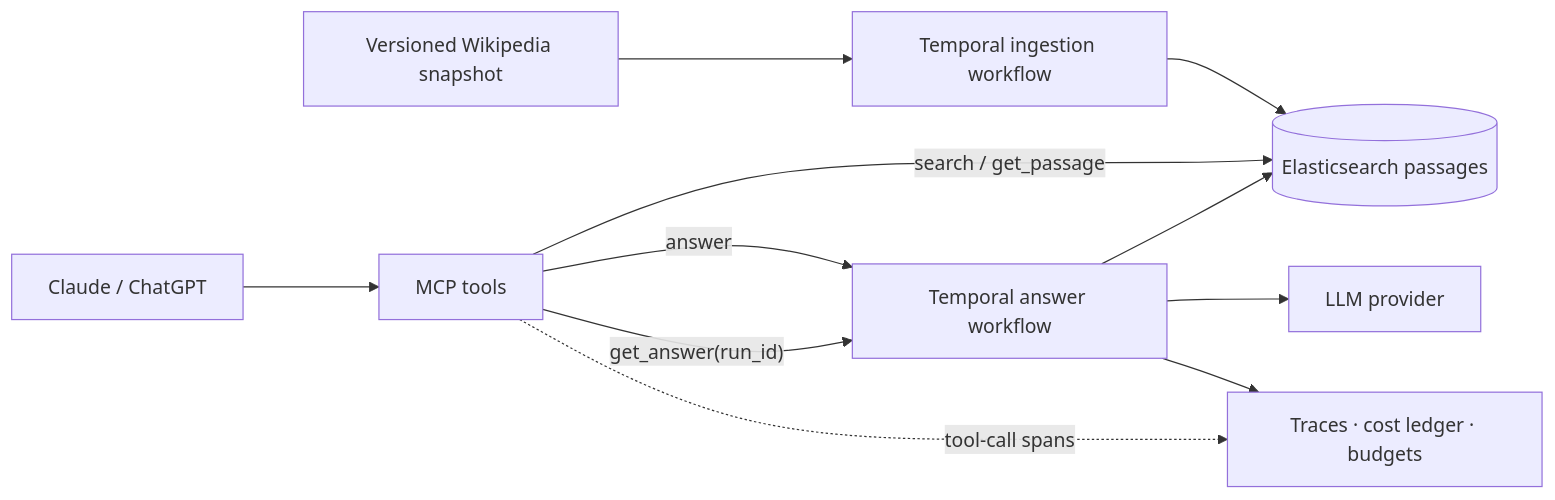
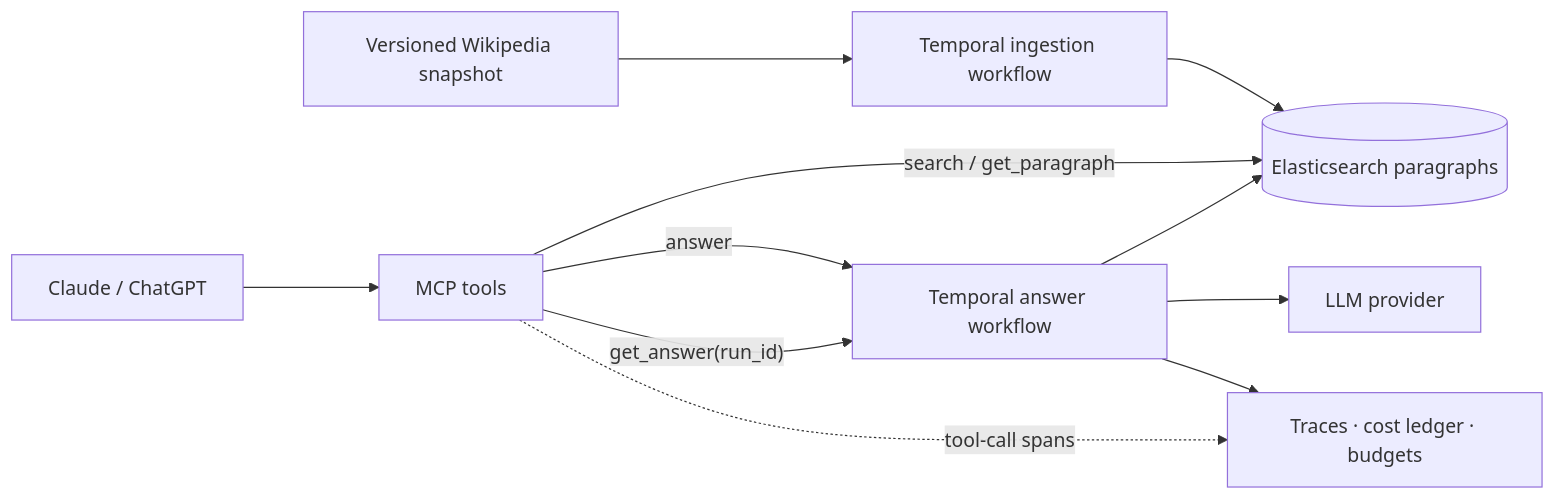
One commit to harsh376/backend-lab changed the diagram in apps/mcp/ONE_PAGER.md. Above: the diagram before and after it, drawn with Mermaid. The commit also changed other lines of this file and 37 other files, not shown here.

````diff
--- a/apps/mcp/ONE_PAGER.md
+++ b/apps/mcp/ONE_PAGER.md
@@ -27,12 +27,12 @@
 ```mermaid
 flowchart LR
-  CORPUS["Versioned Wikipedia snapshot"] --> ING["Temporal ingestion workflow"] --> ES[("Elasticsearch passages")]
+  CORPUS["Versioned Wikipedia snapshot"] --> ING["Temporal ingestion workflow"] --> ES[("Elasticsearch paragraphs")]
   HOST["Claude / ChatGPT"] --> MCP["MCP tools"]
-  MCP -- "search / get_passage" --> ES
+  MCP -- "search / get_paragraph" --> ES
   MCP -- "answer" --> WF["Temporal answer workflow"]
   WF --> ES
   WF --> LLM["LLM provider"]
   WF --> OBS["Traces · cost ledger · budgets"]
   MCP -- "get_answer(run_id)" --> WF
   MCP -. "tool-call spans" .-> OBS
 ```
````
